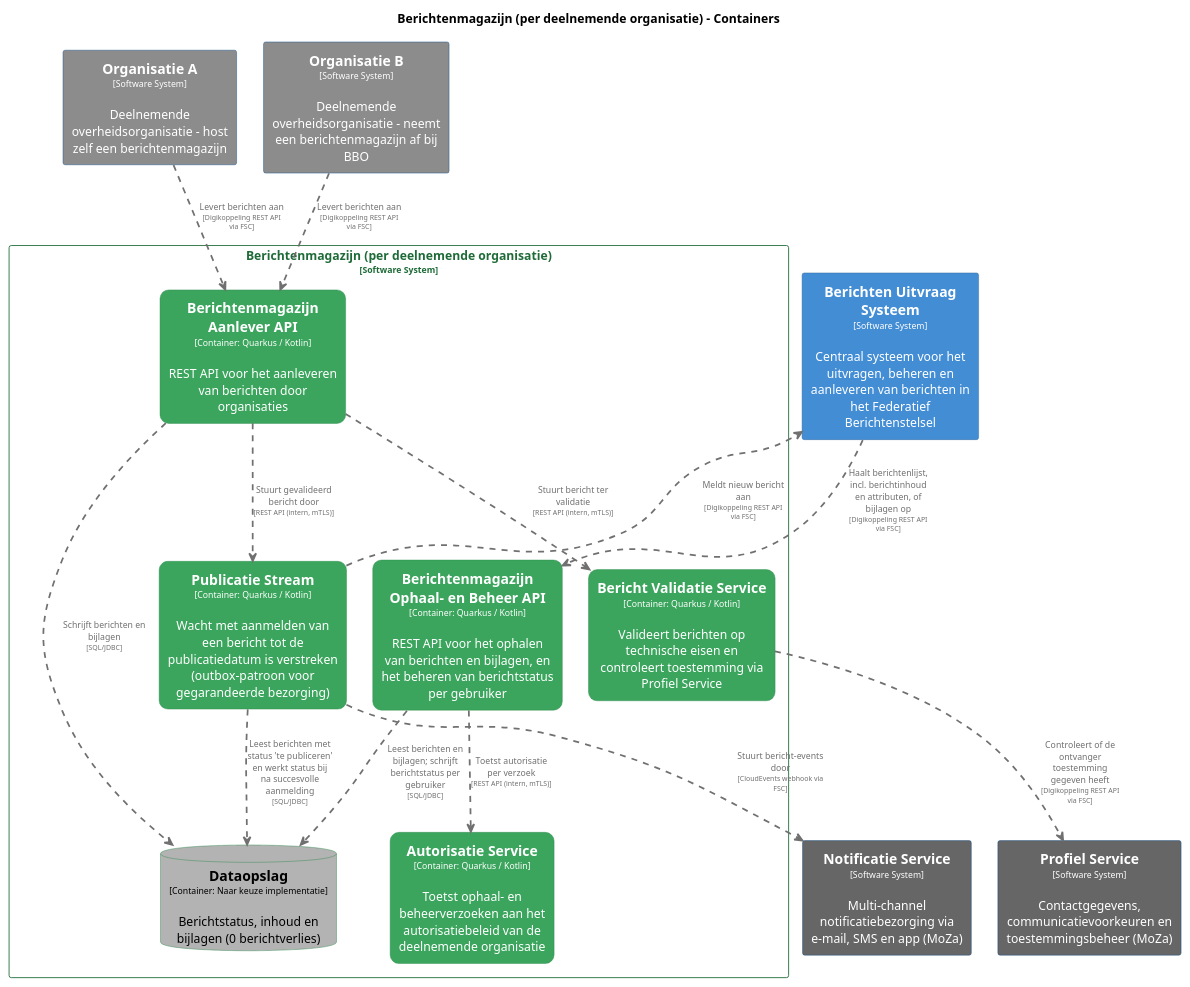
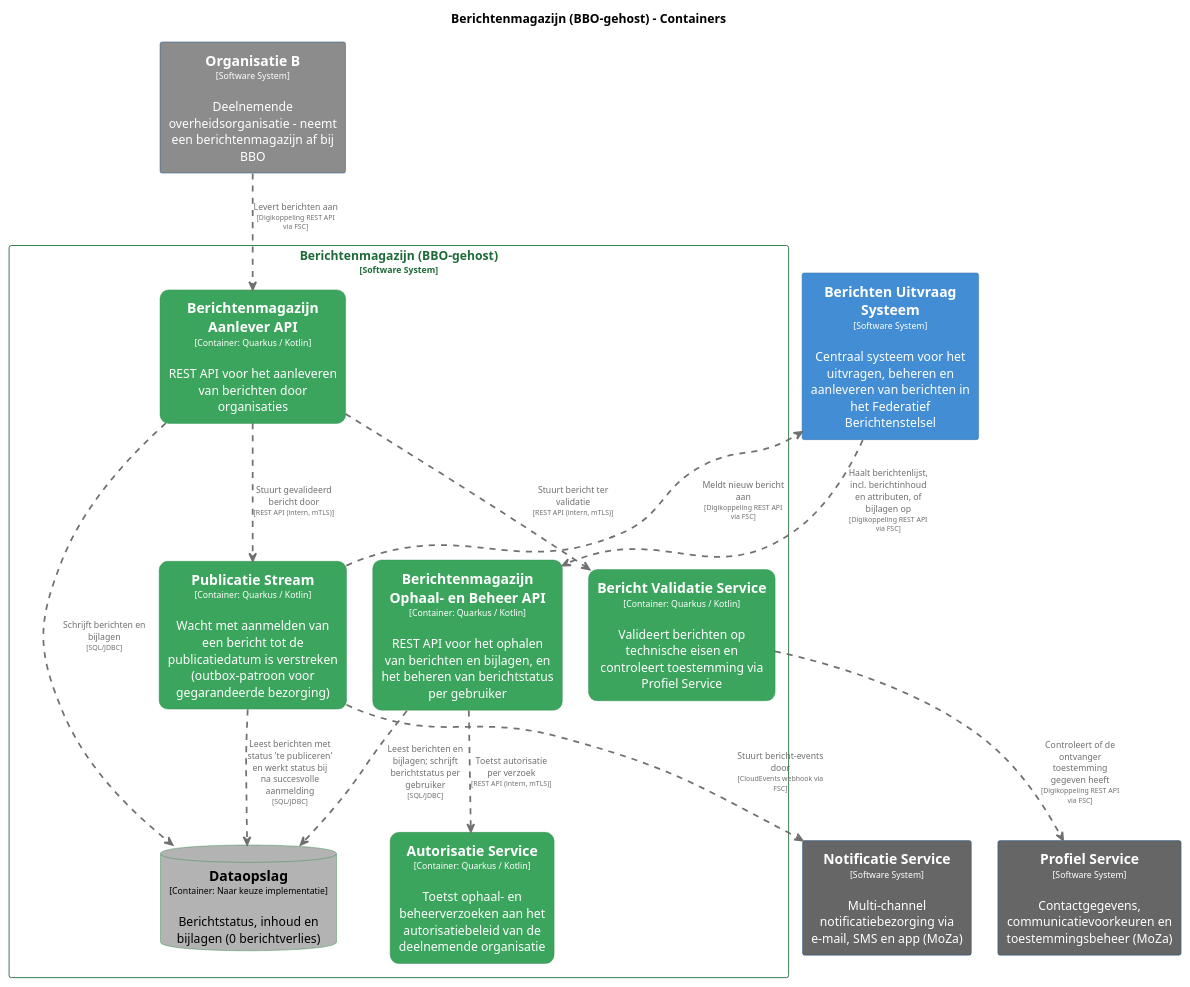
The diagram in master/puml/BerichtenmagazijnContainers.puml (MinBZK/moza-poc-fbs-berichtenbox), drawn with PlantUML before and after one commit. The commit also changed 90 other files, not shown here.

```diff
--- a/master/puml/BerichtenmagazijnContainers.puml
+++ b/master/puml/BerichtenmagazijnContainers.puml
@@ -1,122 +1,114 @@
 @startuml
 set separator none
-title Berichtenmagazijn (per deelnemende organisatie) - Containers
+title Berichtenmagazijn (BBO-gehost) - Containers
 
 top to bottom direction
 skinparam ranksep 60
 skinparam nodesep 30
 
 skinparam {
   arrowFontSize 10
   defaultTextAlignment center
   wrapWidth 200
   maxMessageSize 100
 }
 
 hide stereotype
 
-skinparam rectangle<<Berichtenmagazijnperdeelnemendeorganisatie.AutorisatieService>> {
+skinparam rectangle<<BerichtenmagazijnBBOgehost.AutorisatieService>> {
   BackgroundColor #3ba55d
   FontColor #ffffff
   BorderColor #2d8a4e
   roundCorner 20
   shadowing false
 }
-skinparam rectangle<<Berichtenmagazijnperdeelnemendeorganisatie.BerichtValidatieService>> {
+skinparam rectangle<<BerichtenmagazijnBBOgehost.BerichtValidatieService>> {
   BackgroundColor #3ba55d
   FontColor #ffffff
   BorderColor #2d8a4e
   roundCorner 20
   shadowing false
 }
 skinparam rectangle<<BerichtenUitvraagSysteem>> {
   BackgroundColor #438dd5
   FontColor #ffffff
   BorderColor #2e6295
   shadowing false
 }
-skinparam rectangle<<Berichtenmagazijnperdeelnemendeorganisatie.BerichtenmagazijnAanleverAPI>> {
+skinparam rectangle<<BerichtenmagazijnBBOgehost.BerichtenmagazijnAanleverAPI>> {
   BackgroundColor #3ba55d
   FontColor #ffffff
   BorderColor #2d8a4e
   roundCorner 20
   shadowing false
 }
-skinparam rectangle<<Berichtenmagazijnperdeelnemendeorganisatie.BerichtenmagazijnOphaalenBeheerAPI>> {
+skinparam rectangle<<BerichtenmagazijnBBOgehost.BerichtenmagazijnOphaalenBeheerAPI>> {
   BackgroundColor #3ba55d
   FontColor #ffffff
   BorderColor #2d8a4e
   roundCorner 20
   shadowing false
 }
-skinparam database<<Berichtenmagazijnperdeelnemendeorganisatie.Dataopslag>> {
+skinparam database<<BerichtenmagazijnBBOgehost.Dataopslag>> {
   BackgroundColor #b3b3b3
   FontColor #000000
   BorderColor #2d8a4e
   shadowing false
 }
 skinparam rectangle<<NotificatieService>> {
   BackgroundColor #666666
-  FontColor #ffffff
-  BorderColor #0b4884
-  shadowing false
-}
-skinparam rectangle<<OrganisatieA>> {
-  BackgroundColor #8c8c8c
   FontColor #ffffff
   BorderColor #0b4884
   shadowing false
 }
 skinparam rectangle<<OrganisatieB>> {
   BackgroundColor #8c8c8c
   FontColor #ffffff
   BorderColor #0b4884
   shadowing false
 }
 skinparam rectangle<<ProfielService>> {
   BackgroundColor #666666
   FontColor #ffffff
   BorderColor #0b4884
   shadowing false
 }
-skinparam rectangle<<Berichtenmagazijnperdeelnemendeorganisatie.PublicatieStream>> {
+skinparam rectangle<<BerichtenmagazijnBBOgehost.PublicatieStream>> {
   BackgroundColor #3ba55d
   FontColor #ffffff
   BorderColor #2d8a4e
   roundCorner 20
   shadowing false
 }
-skinparam rectangle<<Berichtenmagazijnperdeelnemendeorganisatie>> {
+skinparam rectangle<<BerichtenmagazijnBBOgehost>> {
   BorderColor #1e6b38
   FontColor #1e6b38
   shadowing false
 }
 
 rectangle "==Profiel Service\n<size:10>[Software System]</size>\n\nContactgegevens, communicatievoorkeuren en toestemmingsbeheer (MoZa)" <<ProfielService>> as ProfielService
 rectangle "==Notificatie Service\n<size:10>[Software System]</size>\n\nMulti-channel notificatiebezorging via e-mail, SMS en app (MoZa)" <<NotificatieService>> as NotificatieService
-rectangle "==Organisatie A\n<size:10>[Software System]</size>\n\nDeelnemende overheidsorganisatie - host zelf een berichtenmagazijn" <<OrganisatieA>> as OrganisatieA
 rectangle "==Organisatie B\n<size:10>[Software System]</size>\n\nDeelnemende overheidsorganisatie - neemt een berichtenmagazijn af bij BBO" <<OrganisatieB>> as OrganisatieB
 rectangle "==Berichten Uitvraag Systeem\n<size:10>[Software System]</size>\n\nCentraal systeem voor het uitvragen, beheren en aanleveren van berichten in het Federatief Berichtenstelsel" <<BerichtenUitvraagSysteem>> as BerichtenUitvraagSysteem
 
-rectangle "Berichtenmagazijn (per deelnemende organisatie)\n<size:10>[Software System]</size>" <<Berichtenmagazijnperdeelnemendeorganisatie>> {
-  rectangle "==Berichtenmagazijn Ophaal- en Beheer API\n<size:10>[Container: Quarkus / Kotlin]</size>\n\nREST API voor het ophalen van berichten en bijlagen, en het beheren van berichtstatus per gebruiker" <<Berichtenmagazijnperdeelnemendeorganisatie.BerichtenmagazijnOphaalenBeheerAPI>> as Berichtenmagazijnperdeelnemendeorganisatie.BerichtenmagazijnOphaalenBeheerAPI
-  rectangle "==Berichtenmagazijn Aanlever API\n<size:10>[Container: Quarkus / Kotlin]</size>\n\nREST API voor het aanleveren van berichten door organisaties" <<Berichtenmagazijnperdeelnemendeorganisatie.BerichtenmagazijnAanleverAPI>> as Berichtenmagazijnperdeelnemendeorganisatie.BerichtenmagazijnAanleverAPI
-  database "==Dataopslag\n<size:10>[Container: Naar keuze implementatie]</size>\n\nBerichtstatus, inhoud en bijlagen (0 berichtverlies)" <<Berichtenmagazijnperdeelnemendeorganisatie.Dataopslag>> as Berichtenmagazijnperdeelnemendeorganisatie.Dataopslag
-  rectangle "==Bericht Validatie Service\n<size:10>[Container: Quarkus / Kotlin]</size>\n\nValideert berichten op technische eisen en controleert toestemming via Profiel Service" <<Berichtenmagazijnperdeelnemendeorganisatie.BerichtValidatieService>> as Berichtenmagazijnperdeelnemendeorganisatie.BerichtValidatieService
-  rectangle "==Publicatie Stream\n<size:10>[Container: Quarkus / Kotlin]</size>\n\nWacht met aanmelden van een bericht tot de publicatiedatum is verstreken (outbox-patroon voor gegarandeerde bezorging)" <<Berichtenmagazijnperdeelnemendeorganisatie.PublicatieStream>> as Berichtenmagazijnperdeelnemendeorganisatie.PublicatieStream
-  rectangle "==Autorisatie Service\n<size:10>[Container: Quarkus / Kotlin]</size>\n\nToetst ophaal- en beheerverzoeken aan het autorisatiebeleid van de deelnemende organisatie" <<Berichtenmagazijnperdeelnemendeorganisatie.AutorisatieService>> as Berichtenmagazijnperdeelnemendeorganisatie.AutorisatieService
+rectangle "Berichtenmagazijn (BBO-gehost)\n<size:10>[Software System]</size>" <<BerichtenmagazijnBBOgehost>> {
+  rectangle "==Berichtenmagazijn Ophaal- en Beheer API\n<size:10>[Container: Quarkus / Kotlin]</size>\n\nREST API voor het ophalen van berichten en bijlagen, en het beheren van berichtstatus per gebruiker" <<BerichtenmagazijnBBOgehost.BerichtenmagazijnOphaalenBeheerAPI>> as BerichtenmagazijnBBOgehost.BerichtenmagazijnOphaalenBeheerAPI
+  rectangle "==Berichtenmagazijn Aanlever API\n<size:10>[Container: Quarkus / Kotlin]</size>\n\nREST API voor het aanleveren van berichten door organisaties" <<BerichtenmagazijnBBOgehost.BerichtenmagazijnAanleverAPI>> as BerichtenmagazijnBBOgehost.BerichtenmagazijnAanleverAPI
+  database "==Dataopslag\n<size:10>[Container: Naar keuze implementatie]</size>\n\nBerichtstatus, inhoud en bijlagen (0 berichtverlies)" <<BerichtenmagazijnBBOgehost.Dataopslag>> as BerichtenmagazijnBBOgehost.Dataopslag
+  rectangle "==Bericht Validatie Service\n<size:10>[Container: Quarkus / Kotlin]</size>\n\nValideert berichten op technische eisen en controleert toestemming via Profiel Service" <<BerichtenmagazijnBBOgehost.BerichtValidatieService>> as BerichtenmagazijnBBOgehost.BerichtValidatieService
+  rectangle "==Publicatie Stream\n<size:10>[Container: Quarkus / Kotlin]</size>\n\nWacht met aanmelden van een bericht tot de publicatiedatum is verstreken (outbox-patroon voor gegarandeerde bezorging)" <<BerichtenmagazijnBBOgehost.PublicatieStream>> as BerichtenmagazijnBBOgehost.PublicatieStream
+  rectangle "==Autorisatie Service\n<size:10>[Container: Quarkus / Kotlin]</size>\n\nToetst ophaal- en beheerverzoeken aan het autorisatiebeleid van de deelnemende organisatie" <<BerichtenmagazijnBBOgehost.AutorisatieService>> as BerichtenmagazijnBBOgehost.AutorisatieService
 }
 
-BerichtenUitvraagSysteem .[#707070,thickness=2].> Berichtenmagazijnperdeelnemendeorganisatie.BerichtenmagazijnOphaalenBeheerAPI : "<color:#707070>Haalt berichtenlijst, incl. berichtinhoud en attributen, of bijlagen op\n<color:#707070><size:8>[Digikoppeling REST API via FSC]</size>"
-Berichtenmagazijnperdeelnemendeorganisatie.PublicatieStream .[#707070,thickness=2].> BerichtenUitvraagSysteem : "<color:#707070>Meldt nieuw bericht aan\n<color:#707070><size:8>[Digikoppeling REST API via FSC]</size>"
-Berichtenmagazijnperdeelnemendeorganisatie.PublicatieStream .[#707070,thickness=2].> NotificatieService : "<color:#707070>Stuurt bericht-events door\n<color:#707070><size:8>[CloudEvents webhook via FSC]</size>"
-OrganisatieA .[#707070,thickness=2].> Berichtenmagazijnperdeelnemendeorganisatie.BerichtenmagazijnAanleverAPI : "<color:#707070>Levert berichten aan\n<color:#707070><size:8>[Digikoppeling REST API via FSC]</size>"
-OrganisatieB .[#707070,thickness=2].> Berichtenmagazijnperdeelnemendeorganisatie.BerichtenmagazijnAanleverAPI : "<color:#707070>Levert berichten aan\n<color:#707070><size:8>[Digikoppeling REST API via FSC]</size>"
-Berichtenmagazijnperdeelnemendeorganisatie.BerichtValidatieService .[#707070,thickness=2].> ProfielService : "<color:#707070>Controleert of de ontvanger toestemming gegeven heeft\n<color:#707070><size:8>[Digikoppeling REST API via FSC]</size>"
-Berichtenmagazijnperdeelnemendeorganisatie.BerichtenmagazijnOphaalenBeheerAPI .[#707070,thickness=2].> Berichtenmagazijnperdeelnemendeorganisatie.Dataopslag : "<color:#707070>Leest berichten en bijlagen; schrijft berichtstatus per gebruiker\n<color:#707070><size:8>[SQL/JDBC]</size>"
-Berichtenmagazijnperdeelnemendeorganisatie.BerichtenmagazijnAanleverAPI .[#707070,thickness=2].> Berichtenmagazijnperdeelnemendeorganisatie.Dataopslag : "<color:#707070>Schrijft berichten en bijlagen\n<color:#707070><size:8>[SQL/JDBC]</size>"
-Berichtenmagazijnperdeelnemendeorganisatie.BerichtenmagazijnAanleverAPI .[#707070,thickness=2].> Berichtenmagazijnperdeelnemendeorganisatie.BerichtValidatieService : "<color:#707070>Stuurt bericht ter validatie\n<color:#707070><size:8>[REST API (intern, mTLS)]</size>"
-Berichtenmagazijnperdeelnemendeorganisatie.BerichtenmagazijnAanleverAPI .[#707070,thickness=2].> Berichtenmagazijnperdeelnemendeorganisatie.PublicatieStream : "<color:#707070>Stuurt gevalideerd bericht door\n<color:#707070><size:8>[REST API (intern, mTLS)]</size>"
-Berichtenmagazijnperdeelnemendeorganisatie.PublicatieStream .[#707070,thickness=2].> Berichtenmagazijnperdeelnemendeorganisatie.Dataopslag : "<color:#707070>Leest berichten met status 'te publiceren' en werkt status bij na succesvolle aanmelding\n<color:#707070><size:8>[SQL/JDBC]</size>"
-Berichtenmagazijnperdeelnemendeorganisatie.BerichtenmagazijnOphaalenBeheerAPI .[#707070,thickness=2].> Berichtenmagazijnperdeelnemendeorganisatie.AutorisatieService : "<color:#707070>Toetst autorisatie per verzoek\n<color:#707070><size:8>[REST API (intern, mTLS)]</size>"
+BerichtenUitvraagSysteem .[#707070,thickness=2].> BerichtenmagazijnBBOgehost.BerichtenmagazijnOphaalenBeheerAPI : "<color:#707070>Haalt berichtenlijst, incl. berichtinhoud en attributen, of bijlagen op\n<color:#707070><size:8>[Digikoppeling REST API via FSC]</size>"
+BerichtenmagazijnBBOgehost.PublicatieStream .[#707070,thickness=2].> BerichtenUitvraagSysteem : "<color:#707070>Meldt nieuw bericht aan\n<color:#707070><size:8>[Digikoppeling REST API via FSC]</size>"
+BerichtenmagazijnBBOgehost.PublicatieStream .[#707070,thickness=2].> NotificatieService : "<color:#707070>Stuurt bericht-events door\n<color:#707070><size:8>[CloudEvents webhook via FSC]</size>"
+OrganisatieB .[#707070,thickness=2].> BerichtenmagazijnBBOgehost.BerichtenmagazijnAanleverAPI : "<color:#707070>Levert berichten aan\n<color:#707070><size:8>[Digikoppeling REST API via FSC]</size>"
+BerichtenmagazijnBBOgehost.BerichtValidatieService .[#707070,thickness=2].> ProfielService : "<color:#707070>Controleert of de ontvanger toestemming gegeven heeft\n<color:#707070><size:8>[Digikoppeling REST API via FSC]</size>"
+BerichtenmagazijnBBOgehost.BerichtenmagazijnOphaalenBeheerAPI .[#707070,thickness=2].> BerichtenmagazijnBBOgehost.Dataopslag : "<color:#707070>Leest berichten en bijlagen; schrijft berichtstatus per gebruiker\n<color:#707070><size:8>[SQL/JDBC]</size>"
+BerichtenmagazijnBBOgehost.BerichtenmagazijnAanleverAPI .[#707070,thickness=2].> BerichtenmagazijnBBOgehost.Dataopslag : "<color:#707070>Schrijft berichten en bijlagen\n<color:#707070><size:8>[SQL/JDBC]</size>"
+BerichtenmagazijnBBOgehost.BerichtenmagazijnAanleverAPI .[#707070,thickness=2].> BerichtenmagazijnBBOgehost.BerichtValidatieService : "<color:#707070>Stuurt bericht ter validatie\n<color:#707070><size:8>[REST API (intern, mTLS)]</size>"
+BerichtenmagazijnBBOgehost.BerichtenmagazijnAanleverAPI .[#707070,thickness=2].> BerichtenmagazijnBBOgehost.PublicatieStream : "<color:#707070>Stuurt gevalideerd bericht door\n<color:#707070><size:8>[REST API (intern, mTLS)]</size>"
+BerichtenmagazijnBBOgehost.PublicatieStream .[#707070,thickness=2].> BerichtenmagazijnBBOgehost.Dataopslag : "<color:#707070>Leest berichten met status 'te publiceren' en werkt status bij na succesvolle aanmelding\n<color:#707070><size:8>[SQL/JDBC]</size>"
+BerichtenmagazijnBBOgehost.BerichtenmagazijnOphaalenBeheerAPI .[#707070,thickness=2].> BerichtenmagazijnBBOgehost.AutorisatieService : "<color:#707070>Toetst autorisatie per verzoek\n<color:#707070><size:8>[REST API (intern, mTLS)]</size>"
 @enduml
```
